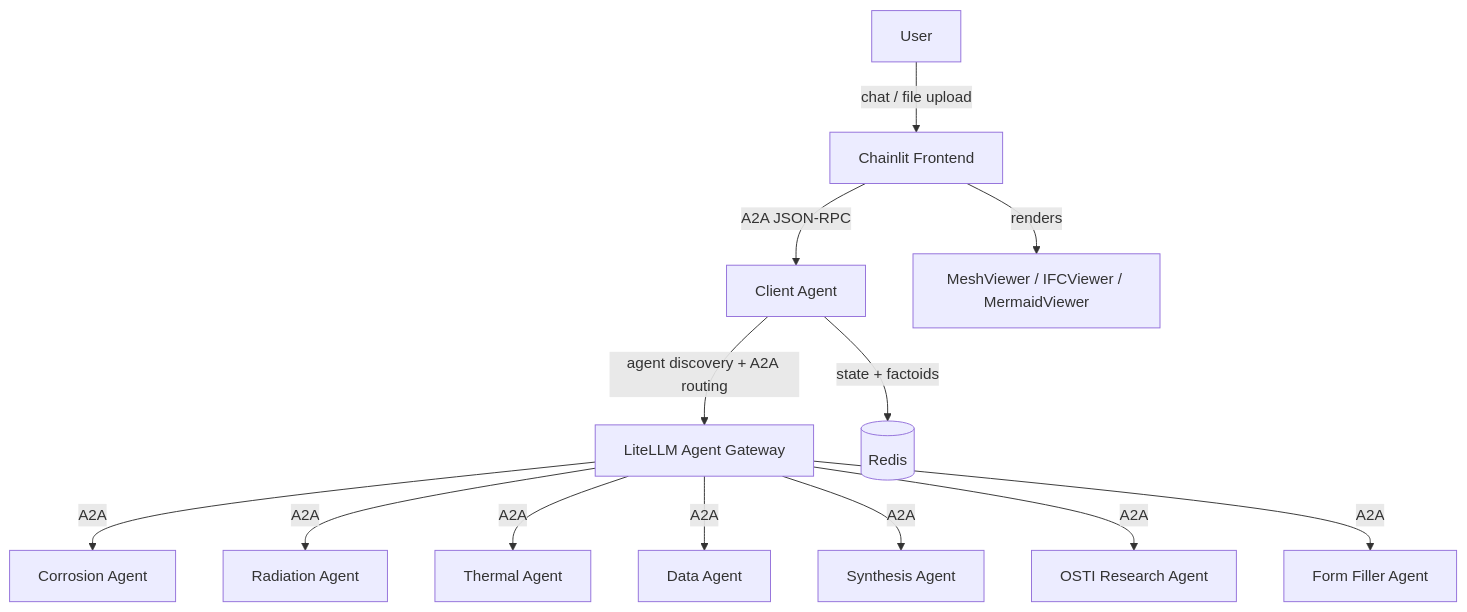
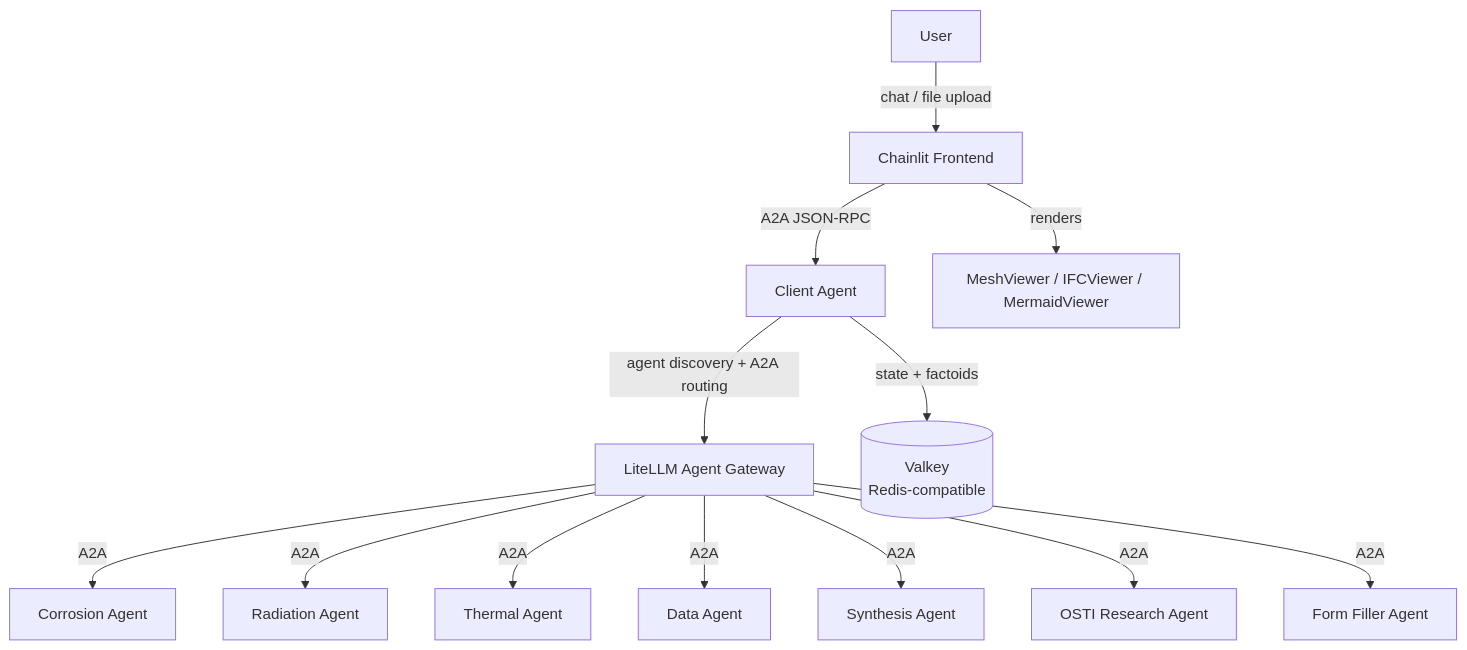
The diagram in README.md (Jimmy-INL/prometheus_core), drawn with Mermaid before and after one commit. The commit also changed other lines of this file and 7 other files, not shown here.

````diff
--- a/README.md
+++ b/README.md
@@ -7,15 +7,15 @@
 ```mermaid
 graph TD
   U[User] -->|chat / file upload| CL[Chainlit Frontend]
   CL -->|A2A JSON-RPC| CA[Client Agent]
   CA -->|agent discovery + A2A routing| LLM[LiteLLM Agent Gateway]
-  CA -->|state + factoids| RED[(Redis)]
+  CA -->|state + factoids| RED[(Valkey<br/>Redis-compatible)]
   LLM -->|A2A| CORR[Corrosion Agent]
   LLM -->|A2A| RAD[Radiation Agent]
   LLM -->|A2A| THERM[Thermal Agent]
   LLM -->|A2A| DATA[Data Agent]
   LLM -->|A2A| SYNTH[Synthesis Agent]
   LLM -->|A2A| OSTI[OSTI Research Agent]
   LLM -->|A2A| FF[Form Filler Agent]
   CL -->|renders| VIZ[MeshViewer / IFCViewer / MermaidViewer]
 ```
````
